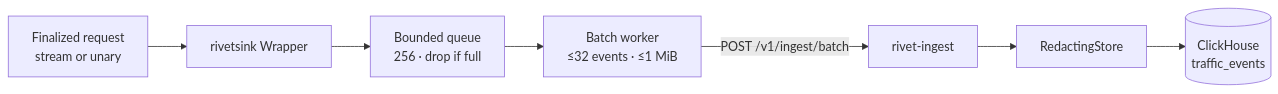
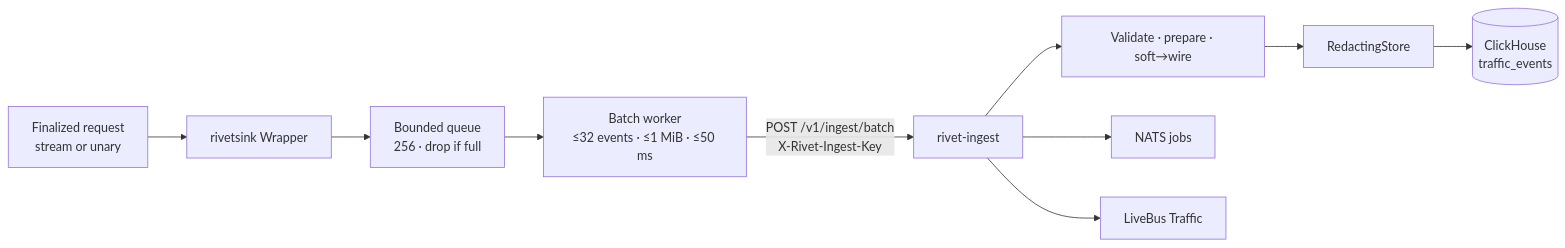
The fourth of 13 diagrams in docs/architecture.md (Rivethub/ExperimentOne), drawn with Mermaid before and after one commit. The commit also changed other lines of this file and 28 other files, not shown here.

````diff
--- a/docs/architecture.md
+++ b/docs/architecture.md
@@ -150,9 +251,12 @@
 ```mermaid
 flowchart LR
   A[Finalized request<br/>stream or unary] --> B[rivetsink Wrapper]
   B --> C[Bounded queue<br/>256 · drop if full]
-  C --> D[Batch worker<br/>≤32 events · ≤1 MiB]
-  D -->|POST /v1/ingest/batch| E[rivet-ingest]
-  E --> F[RedactingStore]
-  F --> G[(ClickHouse<br/>traffic_events)]
+  C --> D[Batch worker<br/>≤32 events · ≤1 MiB · ≤50 ms]
+  D -->|POST /v1/ingest/batch<br/>X-Rivet-Ingest-Key| E[rivet-ingest]
+  E --> F[Validate · prepare · soft→wire]
+  F --> G[RedactingStore]
+  G --> H[(ClickHouse<br/>traffic_events)]
+  E --> I[NATS jobs]
+  E --> J[LiveBus Traffic]
 ```
````
